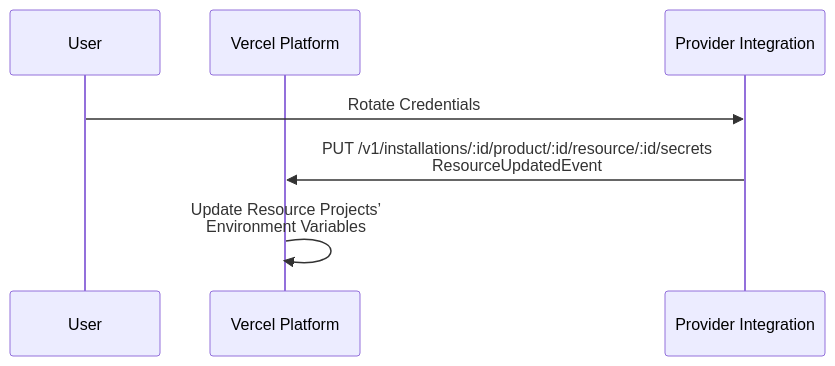
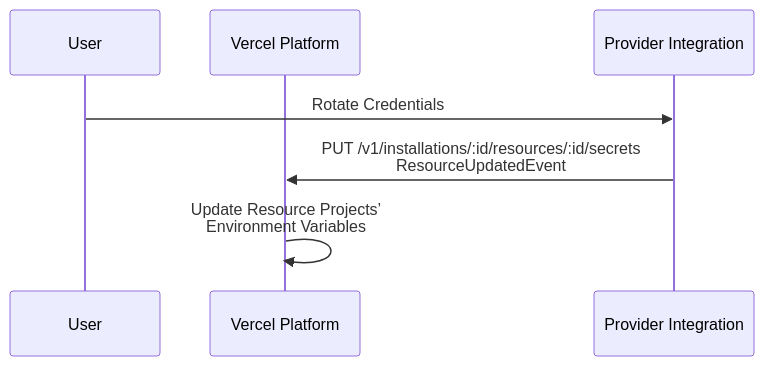
The eighth of 14 diagrams in skills/working-with-vercel/references/docs__integrations__create-integration__marketplace-flows.md (joeblackwaslike/agent-skills), drawn with Mermaid before and after one commit. The commit also changed other lines of this file and 1294 other files, not shown here.

````diff
--- a/skills/working-with-vercel/references/docs__integrations__create-integration__marketplace-flows.md
+++ b/skills/working-with-vercel/references/docs__integrations__create-integration__marketplace-flows.md
@@ -230,9 +230,9 @@
 ```mermaid
 sequenceDiagram
     participant User
     participant Vercel Platform
     participant Provider Integration
     User->>Provider Integration: Rotate Credentials
-    Provider Integration->>Vercel Platform: PUT /v1/installations/:id/product/:id/resource/:id/secrets<br>ResourceUpdatedEvent
+    Provider Integration->>Vercel Platform: PUT /v1/installations/:id/resources/:id/secrets<br>ResourceUpdatedEvent
     Vercel Platform->>Vercel Platform: Update Resource Projects’<br>Environment Variables
 ```
````
